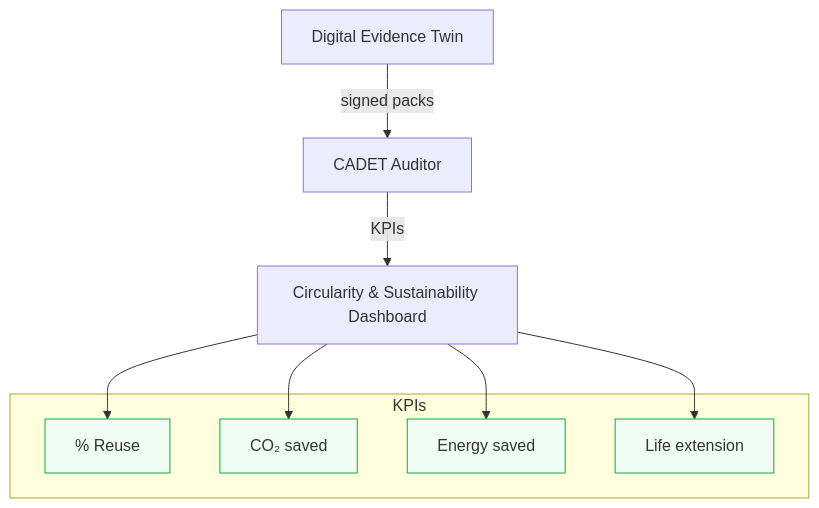
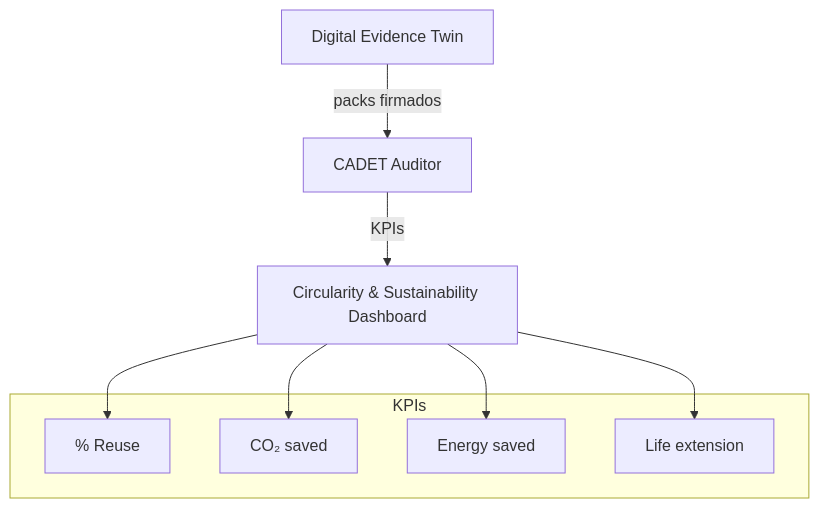
The second of 2 diagrams in README.md (Robbbo-T/Robbbo-T-LEGACY), drawn with Mermaid before and after one commit. The commit also changed other lines of this file, not shown here.

````diff
--- a/README.md
+++ b/README.md
@@ -269,13 +343,12 @@
 ```mermaid
 flowchart TD
-  DET[Digital Evidence Twin] -->|signed packs| CADET[CADET Auditor]
+  DET[Digital Evidence Twin] -->|packs firmados| CADET[CADET Auditor]
   CADET -->|KPIs| Dash[Circularity & Sustainability Dashboard]
   subgraph KPIs
-    R[% Reuse]:::k
-    C[CO₂ saved]:::k
-    E[Energy saved]:::k
-    L[Life extension]:::k
+    R[% Reuse]
+    C[CO₂ saved]
+    E[Energy saved]
+    L[Life extension]
   end
   Dash --> R & C & E & L
-  classDef k fill:#f0fdf4,stroke:#16a34a,stroke-width:1px;
 ```
````
